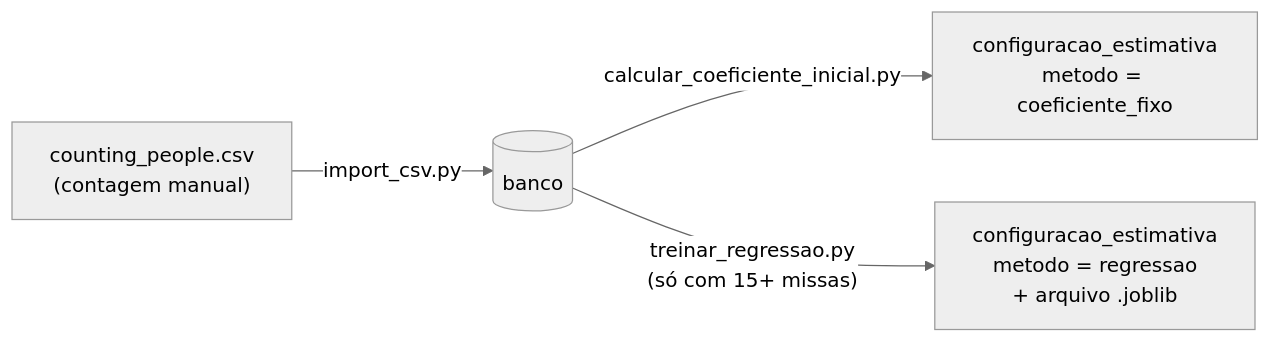
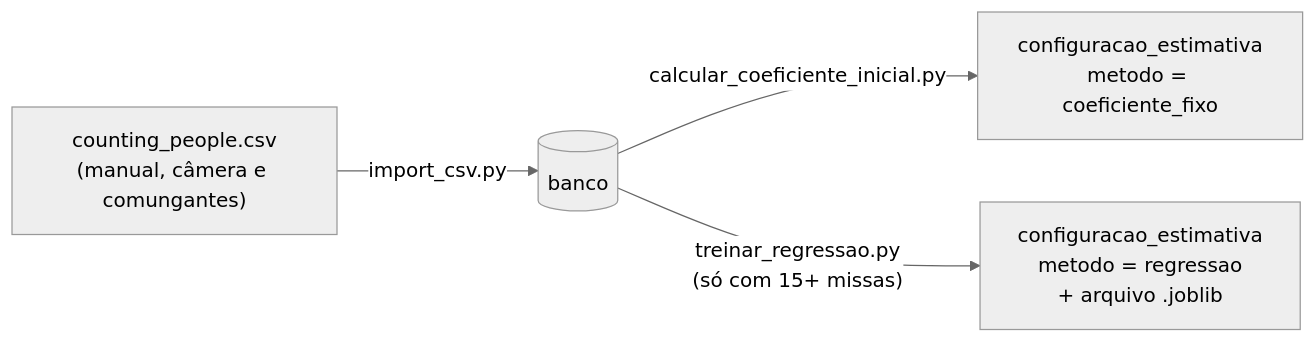
The sixth of 6 diagrams in backend/DOCUMENTACAO_BANCO.md (FelipeUemura11/EucharistCount-TCC), drawn with Mermaid (neutral theme) before and after one commit. The commit also changed other lines of this file and 6 other files, not shown here.

````diff
--- a/backend/DOCUMENTACAO_BANCO.md
+++ b/backend/DOCUMENTACAO_BANCO.md
@@ -564,6 +567,6 @@
 ```mermaid
 flowchart LR
-    CSV["counting_people.csv<br/>(contagem manual)"] -->|import_csv.py| DB[("banco")]
+    CSV["counting_people.csv<br/>(manual, câmera e comungantes)"] -->|import_csv.py| DB[("banco")]
     DB -->|calcular_coeficiente_inicial.py| F["configuracao_estimativa<br/>metodo = coeficiente_fixo"]
     DB -->|"treinar_regressao.py<br/>(só com 15+ missas)"| R["configuracao_estimativa<br/>metodo = regressao<br/>+ arquivo .joblib"]
 ```
````
